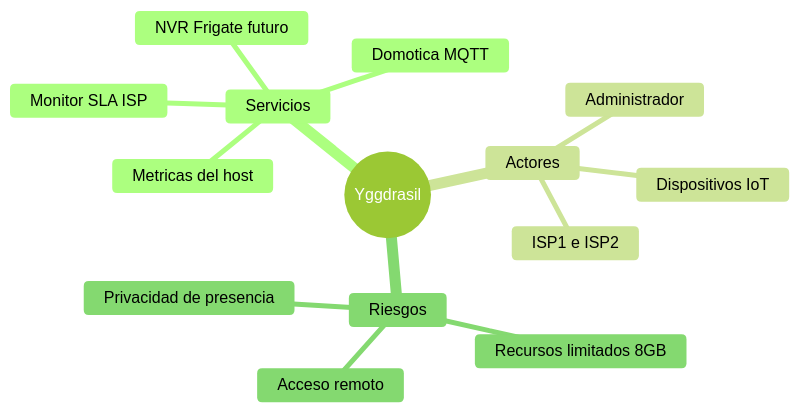
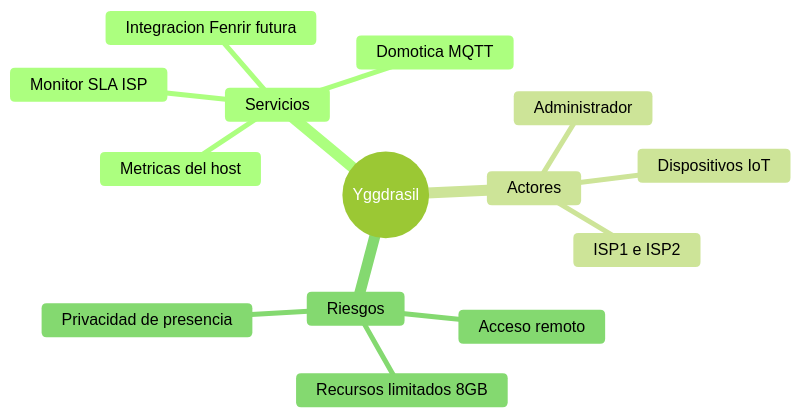
One commit to higerotech/yggdrasil changed the diagram in docs/00-project/charter.md. Above: the diagram before and after it, drawn with Mermaid (forest theme). The commit also changed other lines of this file and 7 other files, not shown here.

````diff
--- a/docs/00-project/charter.md
+++ b/docs/00-project/charter.md
@@ -28,17 +28,17 @@
 ```mermaid
 mindmap
   root((Yggdrasil))
     Servicios
       Monitor SLA ISP
       Domotica MQTT
-      NVR Frigate futuro
+      Integracion Fenrir futura
       Metricas del host
     Actores
       Administrador
       Dispositivos IoT
       ISP1 e ISP2
     Riesgos
       Recursos limitados 8GB
       Acceso remoto
       Privacidad de presencia
 ```
````
